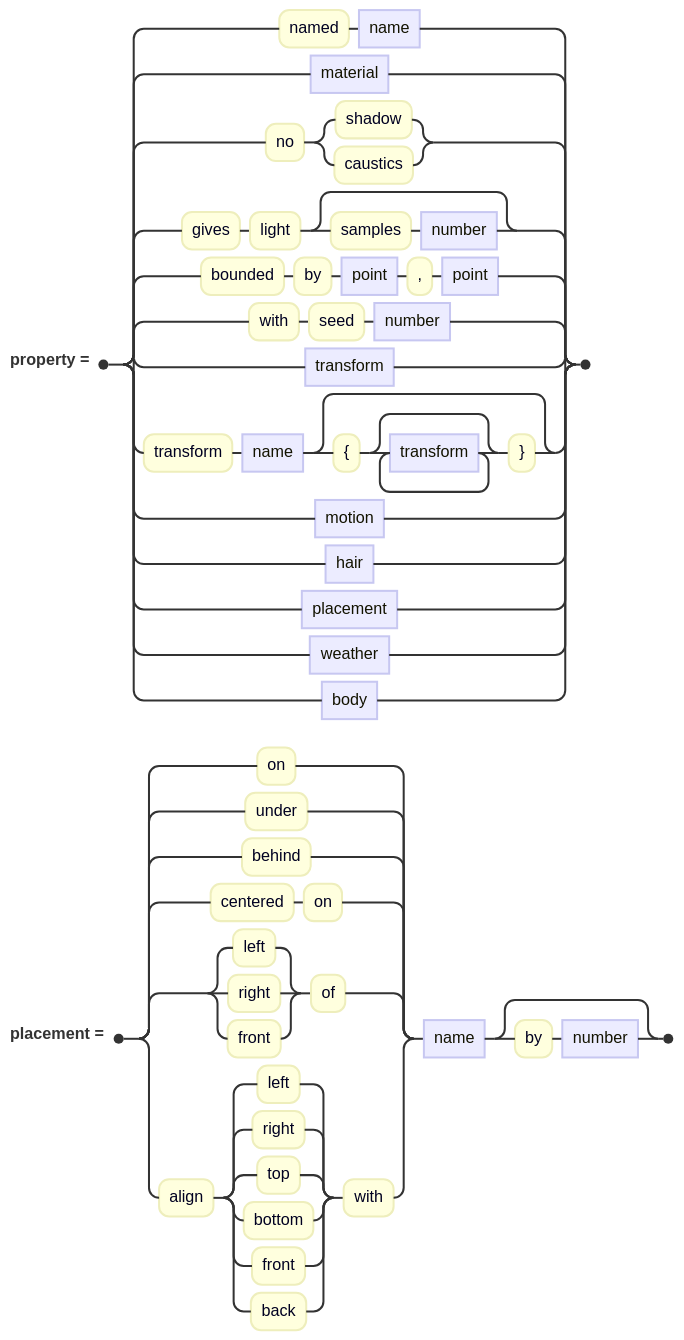
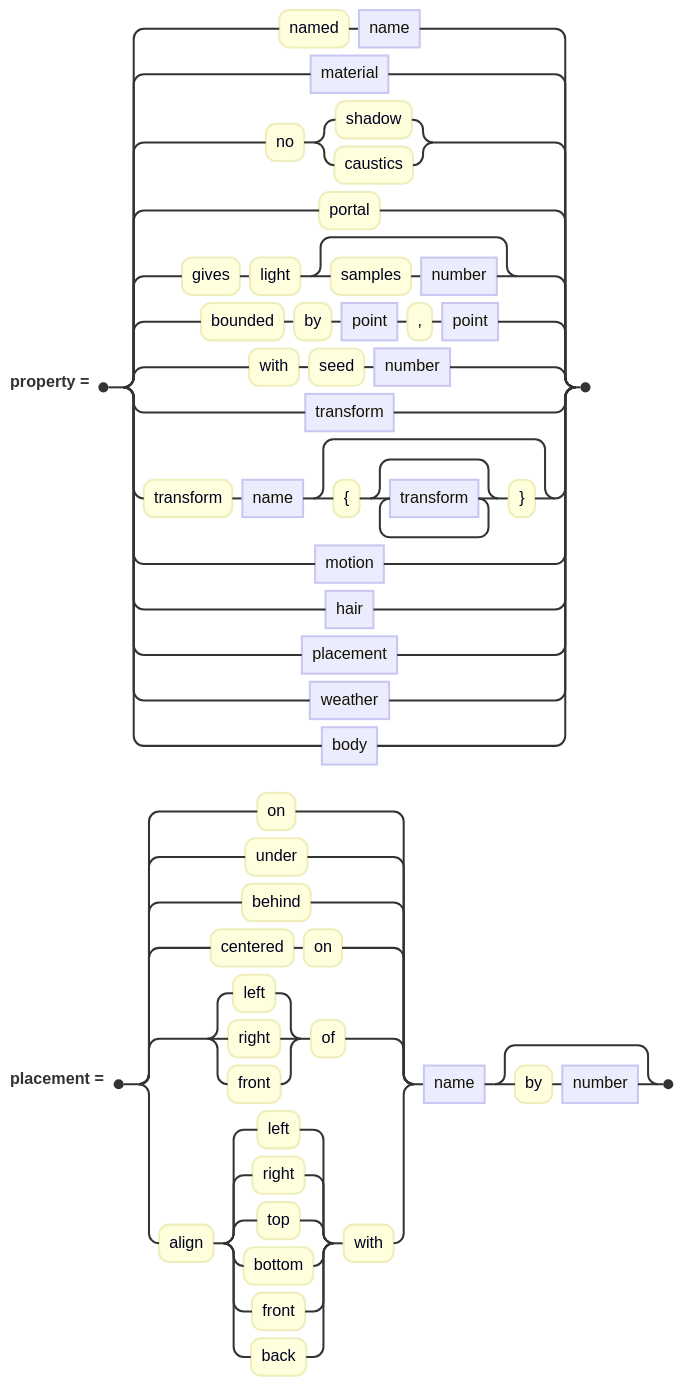
The diagram in docs/diagrams/surfaces/surfaceEntryClause.mmd (jskress/RayTracer), drawn with Mermaid before and after one commit. The commit also changed 22 other files, not shown here.

```diff
--- a/docs/diagrams/surfaces/surfaceEntryClause.mmd
+++ b/docs/diagrams/surfaces/surfaceEntryClause.mmd
@@ -1,11 +1,11 @@
 railroad-ebnf-beta
 title "Properties every surface has"
 
-property = "named" name | material | "no" ( "shadow" | "caustics" )
+property = "named" name | material | "no" ( "shadow" | "caustics" ) | "portal"
          | "gives" "light" [ "samples" number ] | "bounded" "by" point "," point
          | "with" "seed" number | transform | "transform" name [ "{" { transform } "}" ]
          | motion | hair | placement | weather | body ;
 
 placement = ( "on" | "under" | "behind" | "centered" "on" | ( "left" | "right" | "front" ) "of"
             | "align" ( "left" | "right" | "top" | "bottom" | "front" | "back" ) "with" )
             name [ "by" number ] ;
```
